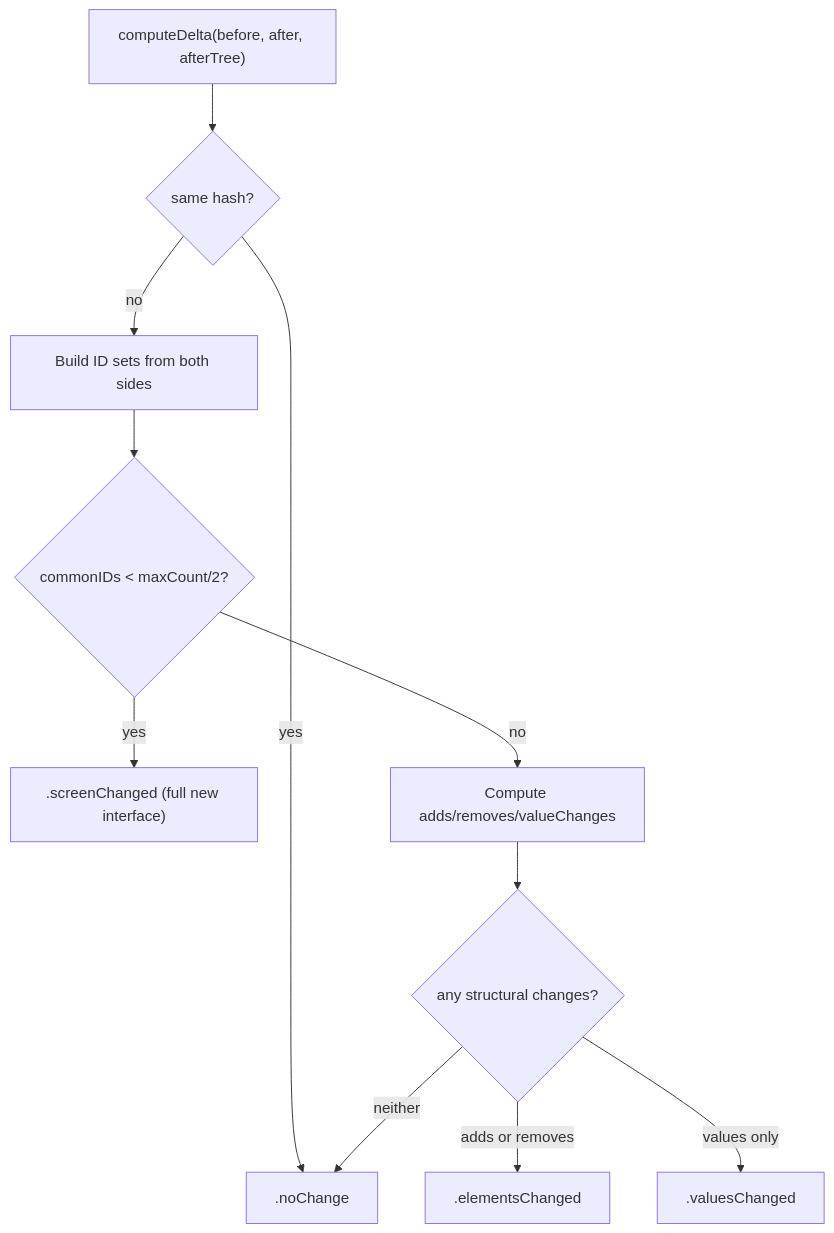
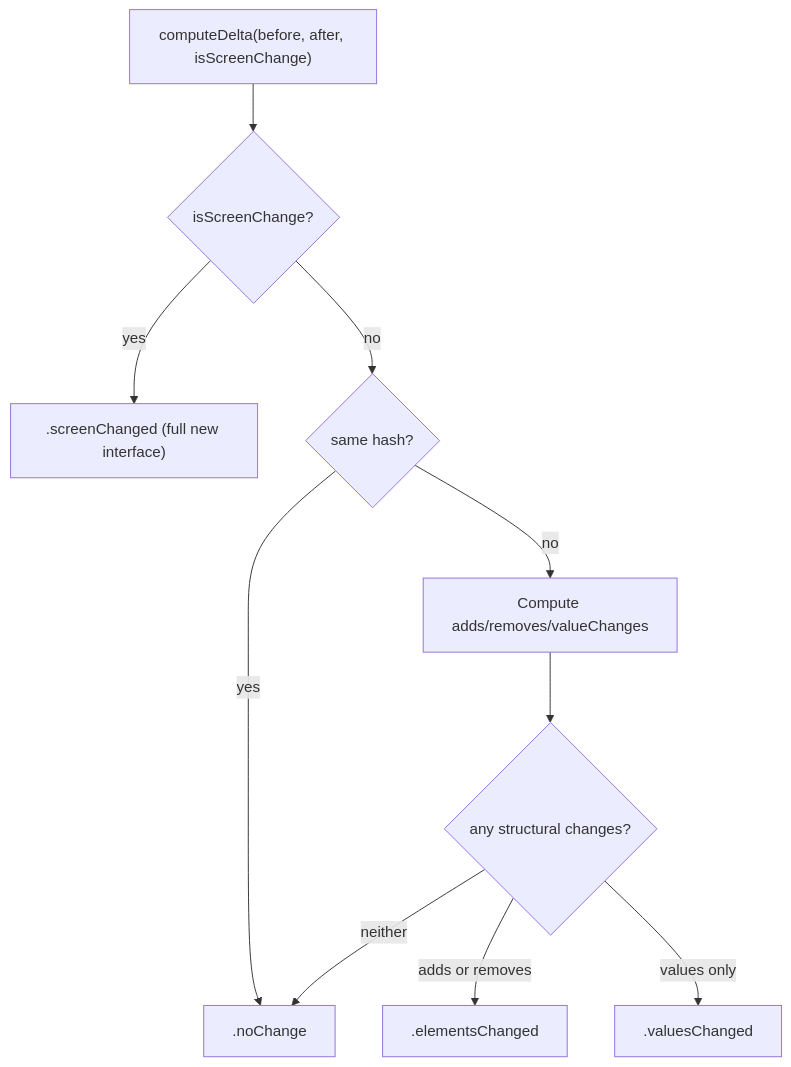
The third of 4 diagrams in docs/dossiers/13-THEBAGMAN.md (RoyalPineapple/TheButtonHeist), drawn with Mermaid before and after one commit. The commit also changed other lines of this file and 12 other files, not shown here.

````diff
--- a/docs/dossiers/13-THEBAGMAN.md
+++ b/docs/dossiers/13-THEBAGMAN.md
@@ -101,14 +96,13 @@
 ```mermaid
 flowchart TD
-    Input["computeDelta(before, after, afterTree)"]
-    Input --> HashCheck{same hash?}
+    Input["computeDelta(before, after, isScreenChange)"]
+    Input --> ScreenCheck{isScreenChange?}
+    ScreenCheck -->|yes| ScreenChanged[".screenChanged (full new interface)"]
+    ScreenCheck -->|no| HashCheck{same hash?}
     HashCheck -->|yes| NoChange[".noChange"]
-    HashCheck -->|no| BuildSets["Build ID sets from both sides"]
-    BuildSets --> ScreenCheck{commonIDs < maxCount/2?}
-    ScreenCheck -->|yes| ScreenChanged[".screenChanged (full new interface)"]
-    ScreenCheck -->|no| Diff["Compute adds/removes/valueChanges"]
+    HashCheck -->|no| Diff["Compute adds/removes/valueChanges"]
     Diff --> HasChanges{any structural changes?}
     HasChanges -->|adds or removes| ElementsChanged[".elementsChanged"]
     HasChanges -->|values only| ValuesChanged[".valuesChanged"]
     HasChanges -->|neither| NoChange
 ```
````
